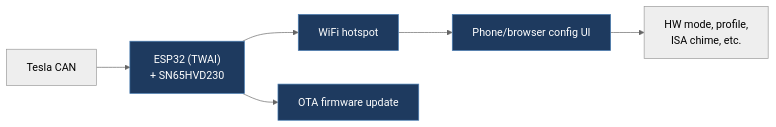
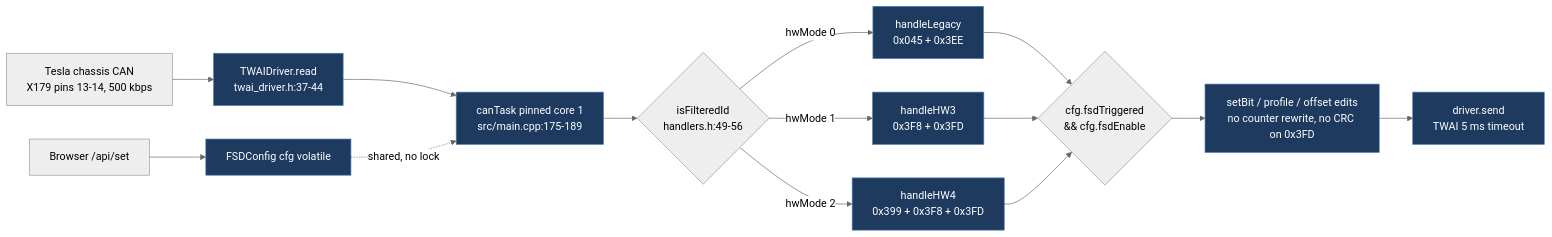
One commit to babico/TeslaCANModder changed the first of 2 diagrams in docs/legacy/JelloEa-tesla-fsd-controller.md. Above: the diagram before and after it, drawn with Mermaid (neutral theme). The commit also changed other lines of this file and 99 other files, not shown here.

````diff
--- a/docs/legacy/JelloEa-tesla-fsd-controller.md
+++ b/docs/legacy/JelloEa-tesla-fsd-controller.md
@@ -26,10 +74,18 @@
 ```mermaid
 flowchart LR
-    Car["Tesla CAN"] --> ESP["ESP32 (TWAI)<br/>+ SN65HVD230"]
-    ESP --> AP["WiFi hotspot"]
-    AP --> Browser["Phone/browser config UI"]
-    Browser --> Settings["HW mode, profile,<br/>ISA chime, etc."]
-    ESP --> OTA["OTA firmware update"]
+    Car["Tesla chassis CAN<br/>X179 pins 13-14, 500 kbps"] --> TWAI["TWAIDriver.read<br/>twai_driver.h:37-44"]
+    TWAI --> Loop["canTask pinned core 1<br/>src/main.cpp:175-189"]
+    Loop --> Filt{"isFilteredId<br/>handlers.h:49-56"}
+    Filt -->|"hwMode 0"| Leg["handleLegacy<br/>0x045 + 0x3EE"]
+    Filt -->|"hwMode 1"| H3["handleHW3<br/>0x3F8 + 0x3FD"]
+    Filt -->|"hwMode 2"| H4["handleHW4<br/>0x399 + 0x3F8 + 0x3FD"]
+    Leg --> Gate{"cfg.fsdTriggered<br/>&& cfg.fsdEnable"}
+    H3 --> Gate
+    H4 --> Gate
+    Gate --> Mut["setBit / profile / offset edits<br/>no counter rewrite, no CRC on 0x3FD"]
+    Mut --> TX["driver.send<br/>TWAI 5 ms timeout"]
+    Web["Browser /api/set"] --> Cfg["FSDConfig cfg volatile"]
+    Cfg -.->|shared, no lock| Loop
     classDef path fill:#1e3a5f,stroke:#4a7fb5,color:#fff
-    class ESP,AP,Browser,OTA path
+    class TWAI,Loop,Leg,H3,H4,Mut,TX,Cfg path
 ```
````
